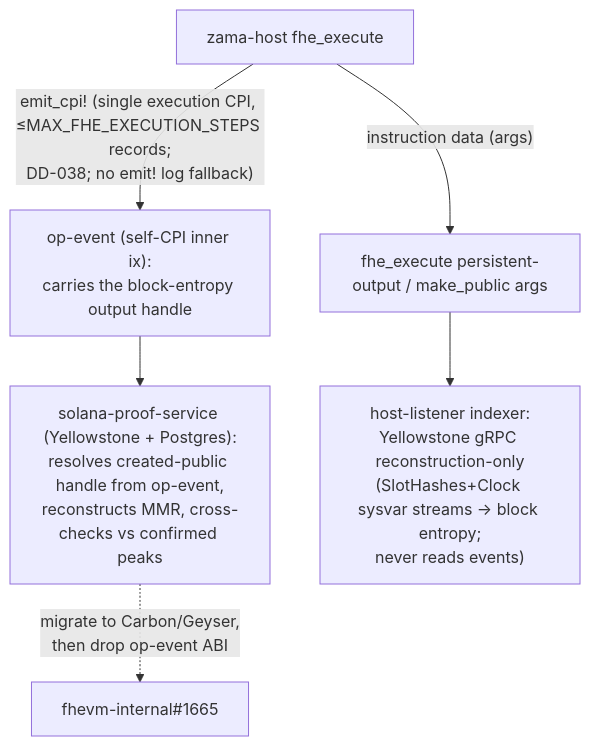
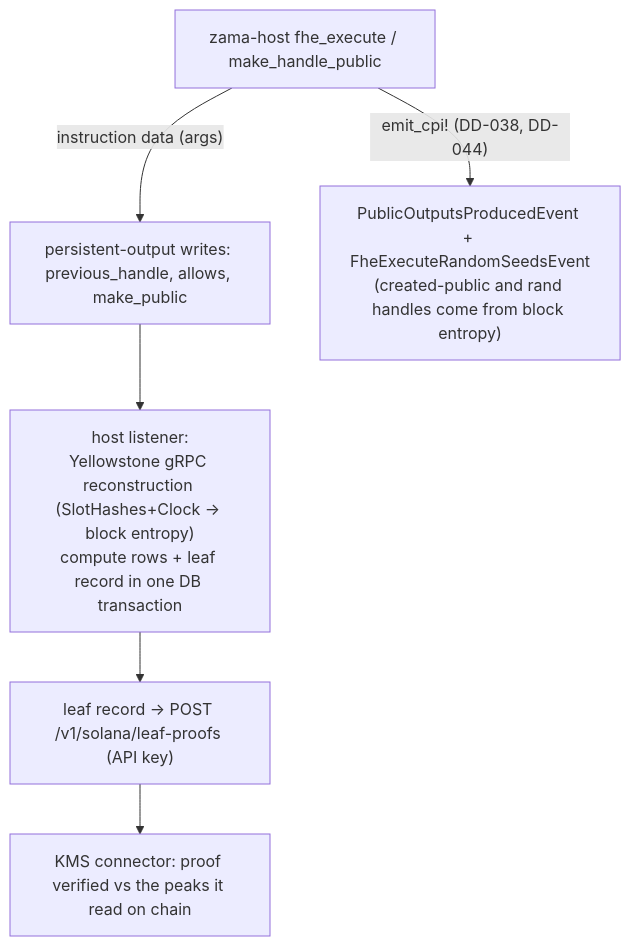
One commit to zama-ai/fhevm changed the sixth of 6 diagrams in solana/docs/MMR_ACL_MVP.md. Above: the diagram before and after it, drawn with Mermaid. The commit also changed other lines of this file and 18 other files, not shown here.

First line of the commit message:
docs(solana): RFC 035 vocabulary, invariants and decision records

````diff
--- a/solana/docs/MMR_ACL_MVP.md
+++ b/solana/docs/MMR_ACL_MVP.md
@@ -178,8 +178,8 @@
 ```mermaid
 flowchart TD
-    prog["zama-host fhe_execute"] -->|"emit_cpi! (single execution CPI, ≤MAX_FHE_EXECUTION_STEPS records;<br/>DD-038; no emit! log fallback)"| ev["op-event (self-CPI inner ix):<br/>carries the block-entropy output handle"]
-    prog -->|"instruction data (args)"| ix["fhe_execute persistent-output / make_public args"]
-    ev --> proofsvc["solana-proof-service (Yellowstone + Postgres):<br/>resolves created-public handle from op-event,<br/>reconstructs MMR, cross-checks vs confirmed peaks"]
-    ix --> listener["host-listener indexer:<br/>Yellowstone gRPC reconstruction-only<br/>(SlotHashes+Clock sysvar streams → block entropy;<br/>never reads events)"]
-    proofsvc -.->|"migrate to Carbon/Geyser,<br/>then drop op-event ABI"| followup["fhevm-internal#1665"]
+    prog["zama-host fhe_execute / make_handle_public"] -->|"instruction data (args)"| ix["persistent-output writes: previous_handle, allows, make_public"]
+    prog -->|"emit_cpi! (DD-038, DD-044)"| ev["PublicOutputsProducedEvent + FheExecuteRandomSeedsEvent<br/>(created-public and rand handles come from block entropy)"]
+    ix --> listener["host listener:<br/>Yellowstone gRPC reconstruction (SlotHashes+Clock → block entropy)<br/>compute rows + leaf record in one DB transaction"]
+    listener --> record["leaf record → POST /v1/solana/leaf-proofs (API key)"]
+    record --> connector["KMS connector: proof verified vs the peaks it read on chain"]
 ```
````
